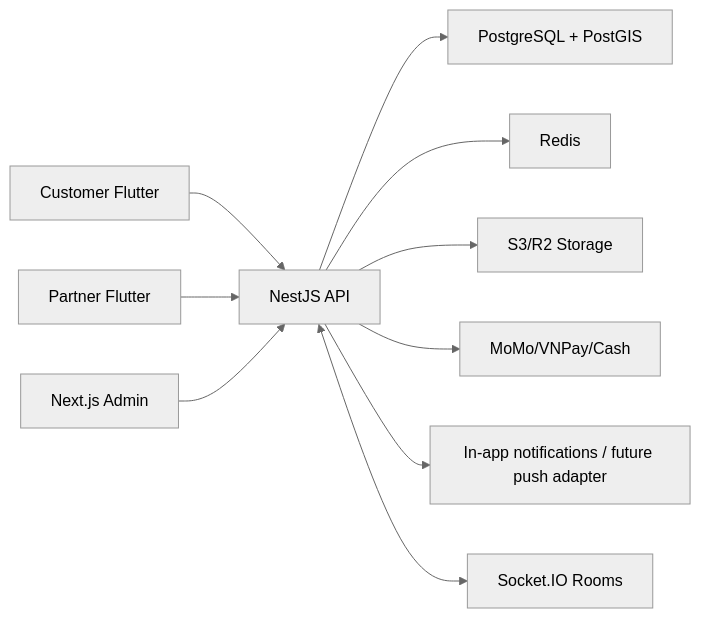
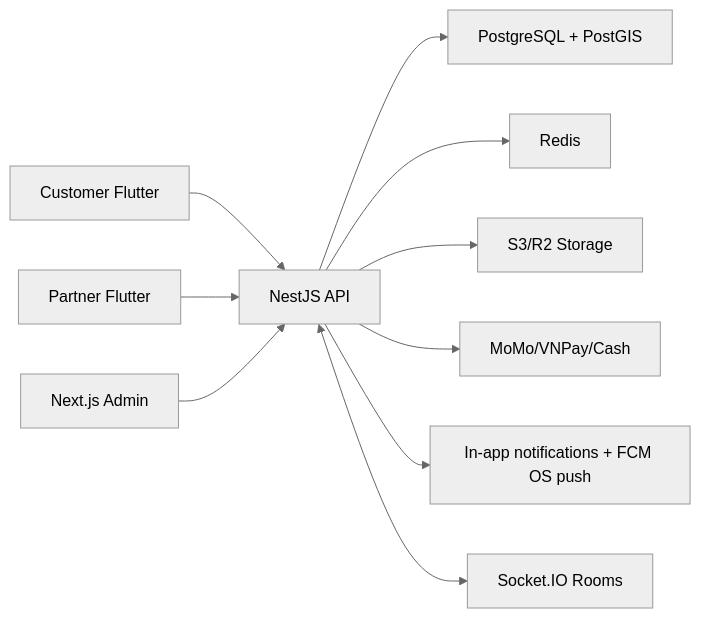
One commit to hands-platform/hands-app changed the diagram in docs/architecture/product-architecture.md. Above: the diagram before and after it, drawn with Mermaid (neutral theme). The commit also changed 1 other file, not shown here.

Commit message:
docs: align push architecture with FCM rollout

````diff
--- a/docs/architecture/product-architecture.md
+++ b/docs/architecture/product-architecture.md
@@ -7,12 +7,12 @@
 ```mermaid
 flowchart LR
   C["Customer Flutter"] --> API["NestJS API"]
   P["Partner Flutter"] --> API
   A["Next.js Admin"] --> API
   API --> DB["PostgreSQL + PostGIS"]
   API --> R["Redis"]
   API --> S["S3/R2 Storage"]
   API --> Pay["MoMo/VNPay/Cash"]
-  API --> Push["In-app notifications / future push adapter"]
+  API --> Push["In-app notifications + FCM OS push"]
   API <--> WS["Socket.IO Rooms"]
 ```
````
